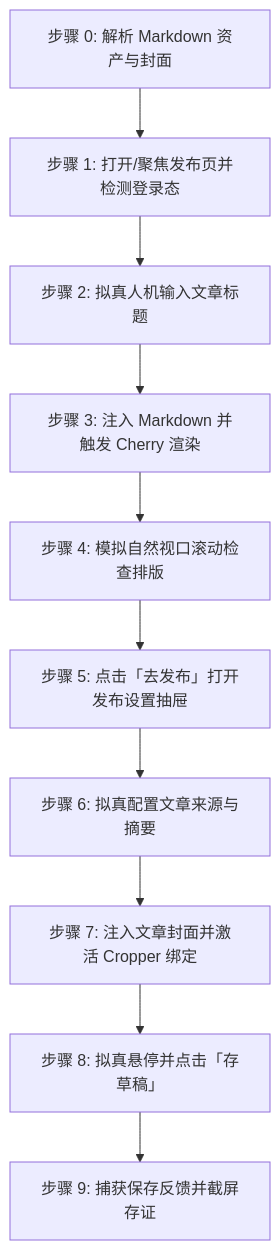
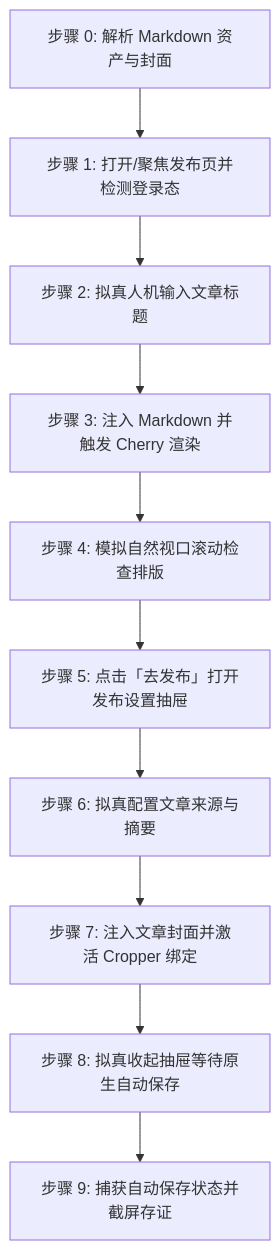
Before and after one commit to undsky/doudou-publish-skills: the diagram in skills/doudou-tencent/SKILL.md, drawn with Mermaid. The commit also changed other lines of this file and 24 other files, not shown here.

````diff
--- a/skills/doudou-tencent/SKILL.md
+++ b/skills/doudou-tencent/SKILL.md
@@ -42,12 +42,12 @@
 ```mermaid
 flowchart TD
     S0[步骤 0: 解析 Markdown 资产与封面] --> S1[步骤 1: 打开/聚焦发布页并检测登录态]
     S1 --> S2[步骤 2: 拟真人机输入文章标题]
     S2 --> S3[步骤 3: 注入 Markdown 并触发 Cherry 渲染]
     S3 --> S4[步骤 4: 模拟自然视口滚动检查排版]
     S4 --> S5[步骤 5: 点击「去发布」打开发布设置抽屉]
     S5 --> S6[步骤 6: 拟真配置文章来源与摘要]
     S6 --> S7[步骤 7: 注入文章封面并激活 Cropper 绑定]
-    S7 --> S8[步骤 8: 拟真悬停并点击「存草稿」]
-    S8 --> S9[步骤 9: 捕获保存反馈并截屏存证]
+    S7 --> S8[步骤 8: 拟真收起抽屉等待原生自动保存]
+    S8 --> S9[步骤 9: 捕获自动保存状态并截屏存证]
 ```
````
